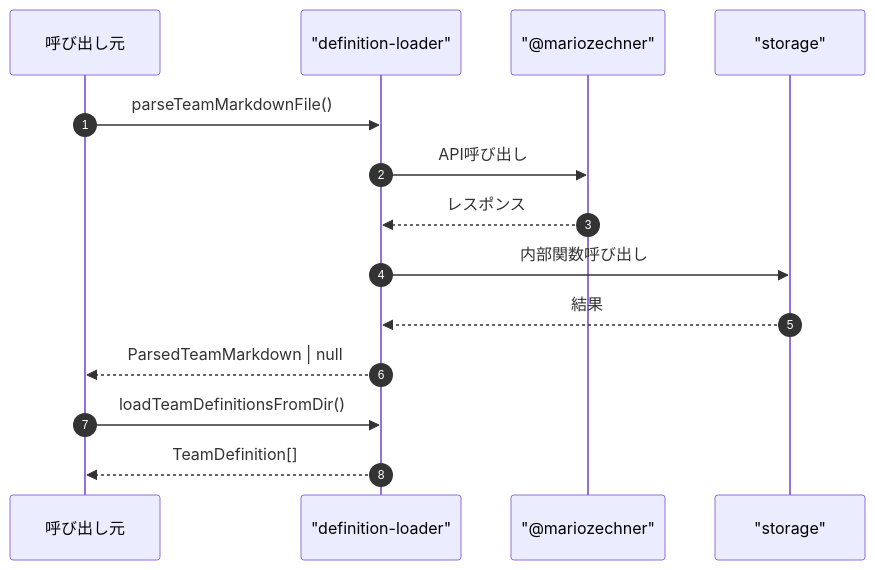
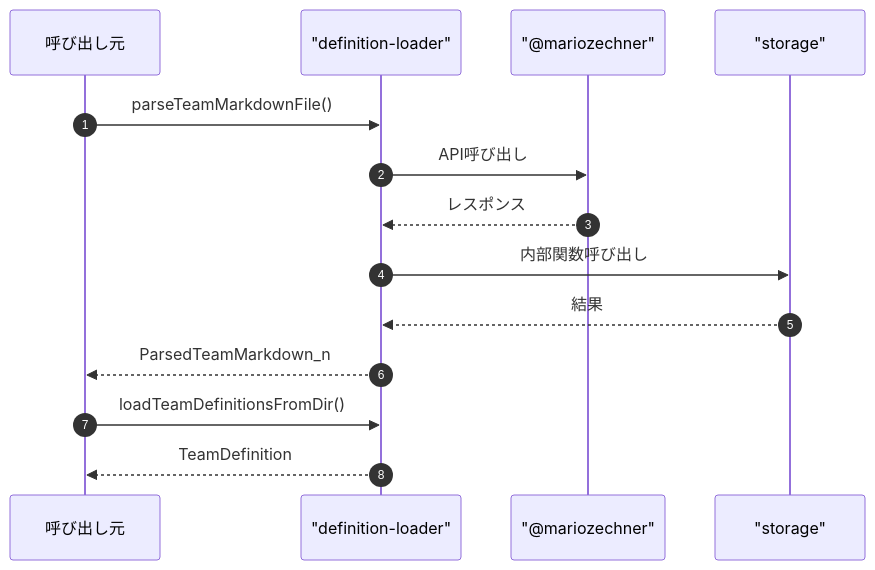
The third of 3 diagrams in ABDD/.pi/extensions/agent-teams/definition-loader.md (Mekann2904/mekann), drawn with Mermaid before and after one commit. The commit also changed other lines of this file and 174 other files, not shown here.

First line of the commit message:
fix(docs): ABDDのMermaid図生成エラーを修正する

````diff
--- a/ABDD/.pi/extensions/agent-teams/definition-loader.md
+++ b/ABDD/.pi/extensions/agent-teams/definition-loader.md
@@ -78,19 +78,19 @@
 ```mermaid
 sequenceDiagram
   autonumber
   participant Caller as 呼び出し元
   participant definition_loader as "definition-loader"
-  participant _mariozechner as "@mariozechner"
+  participant mariozechner as "@mariozechner"
   participant storage as "storage"
   participant storage as "storage"
 
   Caller->>definition_loader: parseTeamMarkdownFile()
-  definition_loader->>_mariozechner: API呼び出し
-  _mariozechner-->>definition_loader: レスポンス
+  definition_loader->>mariozechner: API呼び出し
+  mariozechner-->>definition_loader: レスポンス
   definition_loader->>storage: 内部関数呼び出し
   storage-->>definition_loader: 結果
-  definition_loader-->>Caller: ParsedTeamMarkdown | null
+  definition_loader-->>Caller: ParsedTeamMarkdown_n
 
   Caller->>definition_loader: loadTeamDefinitionsFromDir()
-  definition_loader-->>Caller: TeamDefinition[]
+  definition_loader-->>Caller: TeamDefinition
 ```
````
